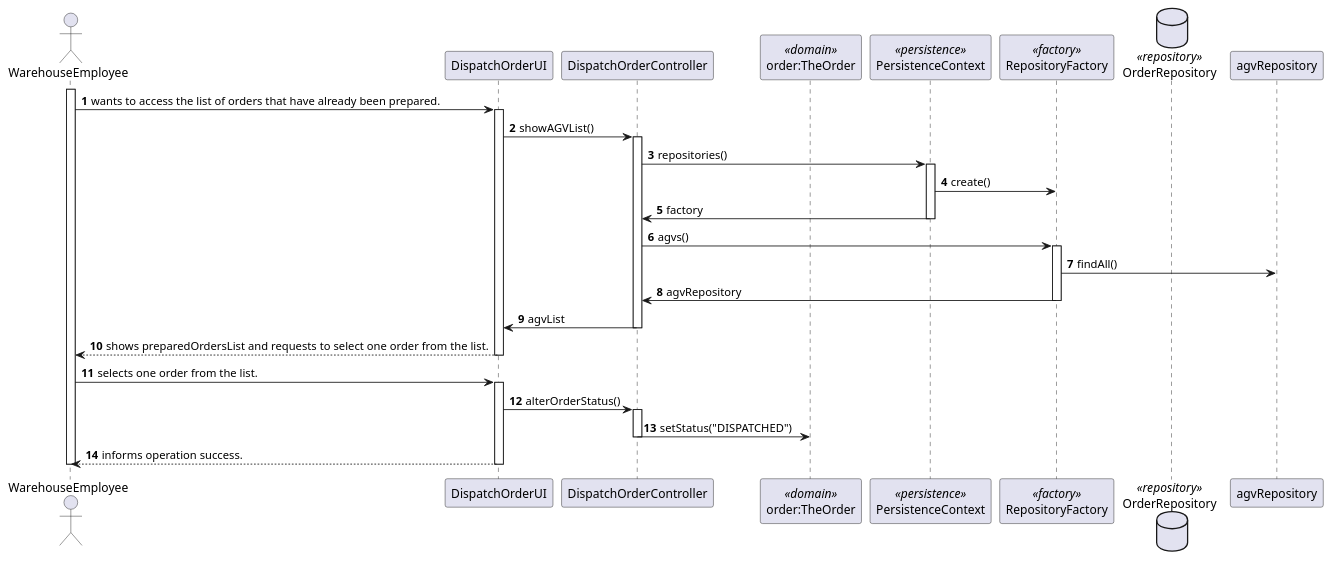
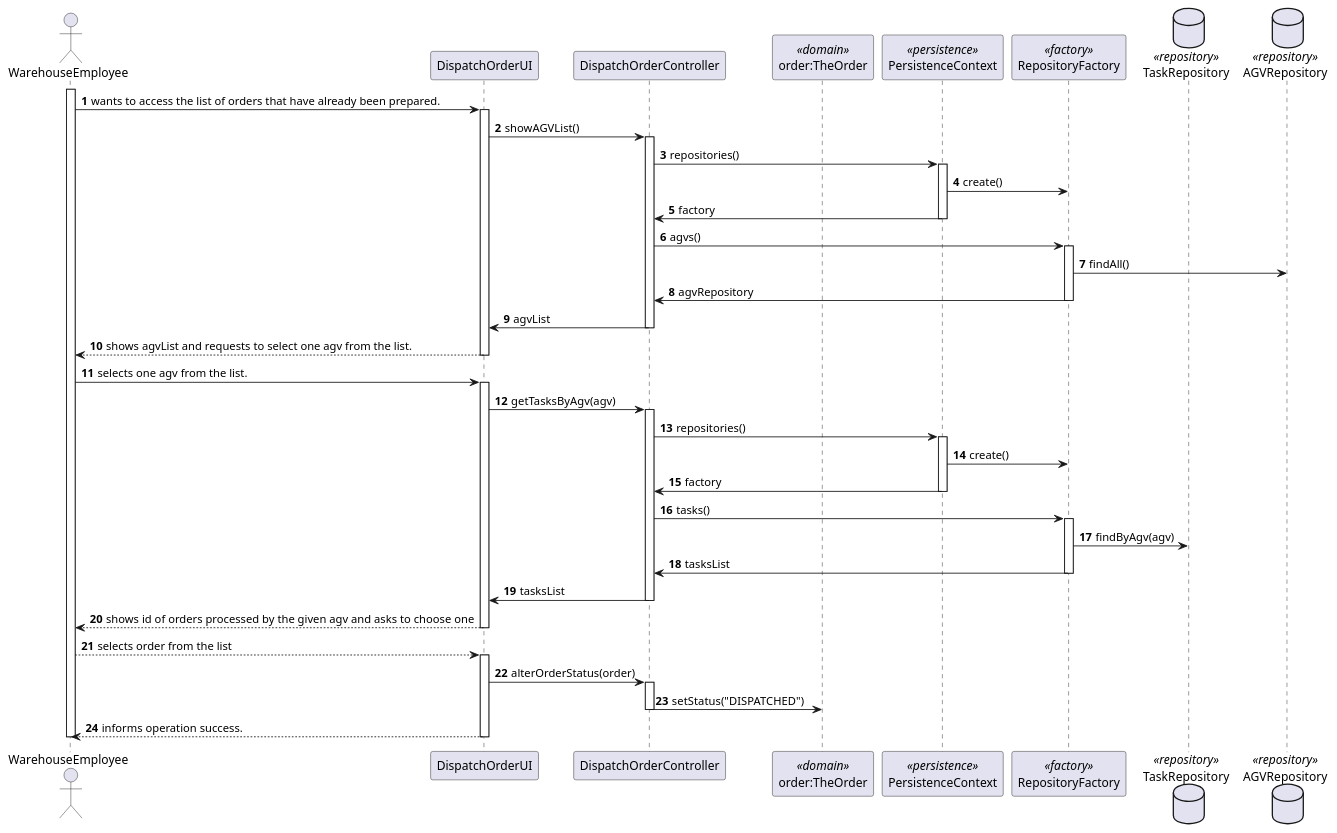
Before and after one commit to ana-albergaria/LAPR4-ISEP: the diagram in docs/1201284/US2004/SD_GetPreparedOrders.puml, drawn with PlantUML. The commit also changed 13 other files, not shown here.

```diff
--- a/docs/1201284/US2004/SD_GetPreparedOrders.puml
+++ b/docs/1201284/US2004/SD_GetPreparedOrders.puml
@@ -1,70 +1,105 @@
 @startuml
 'https://plantuml.com/sequence-diagram
 
 autonumber
 
 actor WarehouseEmployee as WE
 participant DispatchOrderUI as UI
 participant DispatchOrderController as Controller
 participant "order:TheOrder" as Domain1 <<domain>>
 participant PersistenceContext as Persistence <<persistence>>
 participant RepositoryFactory as Factory <<factory>>
-database OrderRepository as orderRepository <<repository>>
+database TaskRepository as taskRepository <<repository>>
+database AGVRepository as agvRepository <<repository>>
 
 activate WE
 
 WE -> UI: wants to access the list of orders that have already been prepared.
 
 activate UI
 
 UI -> Controller: showAGVList()
 
 activate Controller
 
 Controller -> Persistence: repositories()
 
 activate Persistence
 
 Persistence -> Factory: create()
 
 Persistence -> Controller: factory
 
 deactivate Persistence
 
 Controller -> Factory: agvs()
 
 activate Factory
 
 Factory -> agvRepository: findAll()
 
 Factory -> Controller: agvRepository
 
 deactivate Factory
 
 Controller -> UI: agvList
 
 deactivate Controller
 
-UI --> WE: shows preparedOrdersList and requests to select one order from the list.
+UI --> WE: shows agvList and requests to select one agv from the list.
 
 deactivate UI
 
-WE -> UI: selects one order from the list.
+WE -> UI: selects one agv from the list.
 
 activate UI
 
-UI -> Controller: alterOrderStatus()
+UI -> Controller: getTasksByAgv(agv)
+
+activate Controller
+
+Controller -> Persistence : repositories()
+
+activate Persistence
+
+Persistence -> Factory : create()
+
+Persistence -> Controller : factory
+
+deactivate Persistence
+
+Controller -> Factory : tasks()
+
+activate Factory
+
+Factory -> taskRepository : findByAgv(agv)
+
+Factory -> Controller : tasksList
+
+deactivate Factory
+
+Controller -> UI : tasksList
+
+deactivate Controller
+
+UI --> WE : shows id of orders processed by the given agv and asks to choose one
+
+deactivate UI
+
+WE --> UI : selects order from the list
+
+activate UI
+UI -> Controller : alterOrderStatus(order)
 
 activate Controller
 
 Controller -> Domain1 : setStatus("DISPATCHED")
-
 deactivate Controller
 
 UI --> WE: informs operation success.
 
 deactivate UI
 
 deactivate WE
 
 @enduml
```
